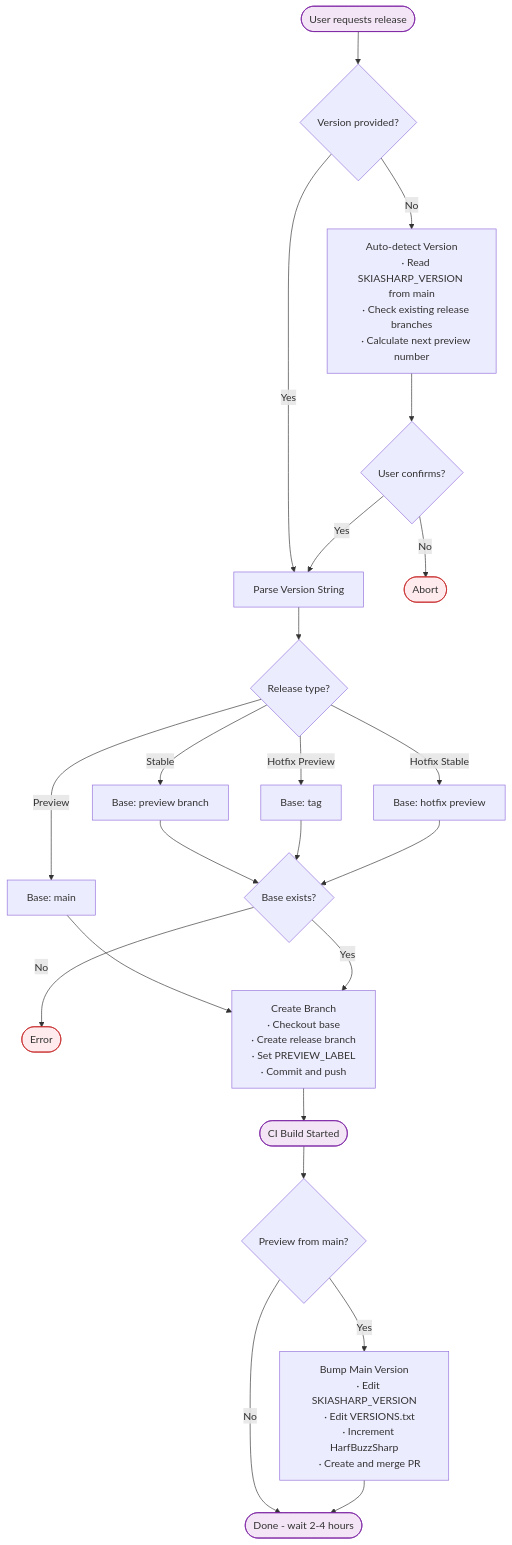
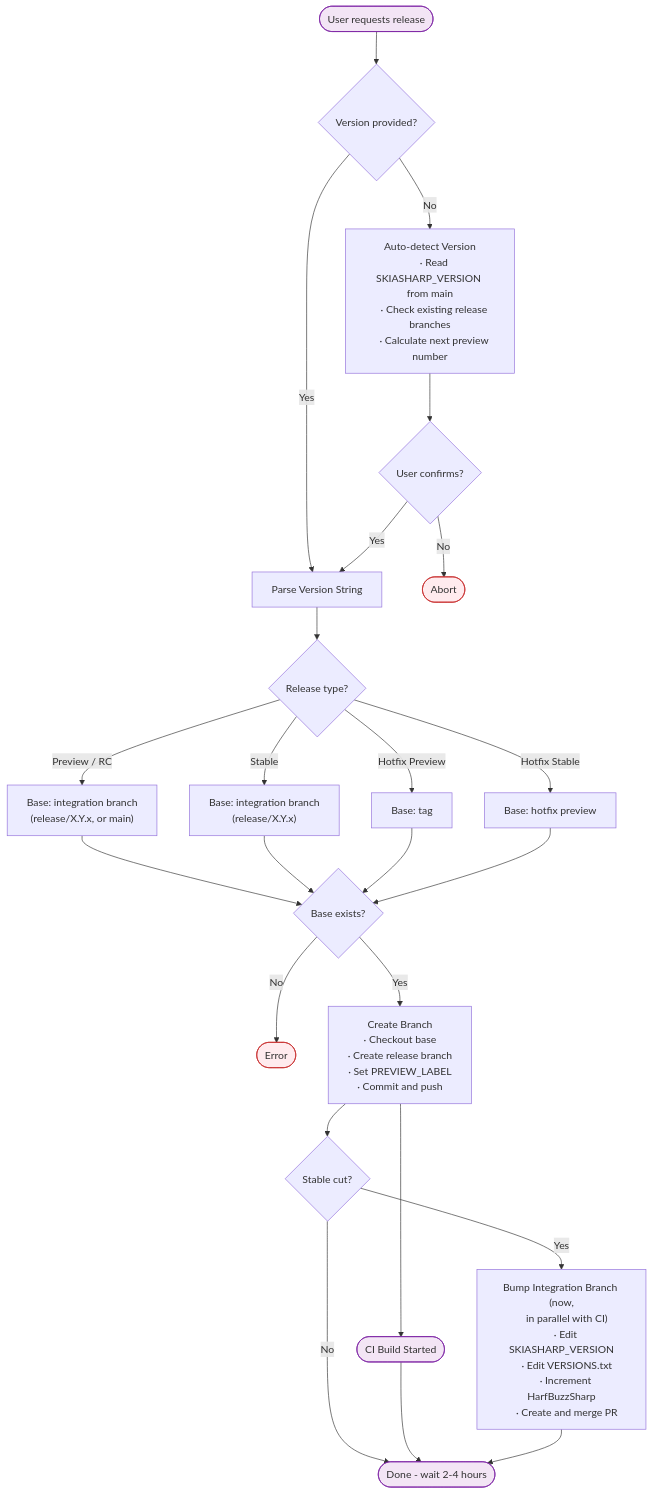
Before and after one commit to mono/SkiaSharp: the first of 3 diagrams in documentation/dev/releasing.md, drawn with Mermaid. The commit also changed other lines of this file and 2 other files, not shown here.

First paragraph of the commit message:
Fix release-branch skill integration-branch model and add bump-version helper (#4211)
Fix release-branch skill integration-branch model and add bump-version helper (#4211)

````diff
--- a/documentation/dev/releasing.md
+++ b/documentation/dev/releasing.md
@@ -87,56 +97,59 @@
 ```mermaid
 flowchart TB
     START([User requests release]) --> PROVIDED{Version provided?}
     
     PROVIDED -->|Yes| PARSE
     PROVIDED -->|No| AUTO
     
     AUTO["Auto-detect Version
     ∙ Read SKIASHARP_VERSION from main
     ∙ Check existing release branches
     ∙ Calculate next preview number"]
     
     AUTO --> CONFIRM{User confirms?}
     CONFIRM -->|No| ABORT([Abort])
     CONFIRM -->|Yes| PARSE
     
     PARSE["Parse Version String"] --> TYPE{Release type?}
     
-    TYPE -->|Preview| BASE_MAIN["Base: main"]
-    TYPE -->|Stable| BASE_PREVIEW["Base: preview branch"]
+    TYPE -->|Preview / RC| BASE_INTEG["Base: integration branch
+    (release/X.Y.x, or main)"]
+    TYPE -->|Stable| BASE_STABLE["Base: integration branch
+    (release/X.Y.x)"]
     TYPE -->|Hotfix Preview| BASE_TAG["Base: tag"]
     TYPE -->|Hotfix Stable| BASE_HOTFIX["Base: hotfix preview"]
     
-    BASE_PREVIEW --> EXISTS{Base exists?}
+    BASE_INTEG --> EXISTS{Base exists?}
+    BASE_STABLE --> EXISTS
     BASE_TAG --> EXISTS
     BASE_HOTFIX --> EXISTS
     EXISTS -->|No| ERROR([Error])
     
-    BASE_MAIN --> CREATE
     EXISTS -->|Yes| CREATE
     
     CREATE["Create Branch
     ∙ Checkout base
     ∙ Create release branch
     ∙ Set PREVIEW_LABEL
     ∙ Commit and push"]
     
     CREATE --> CI([CI Build Started])
-    
-    CI --> IS_PREVIEW{Preview from main?}
-    IS_PREVIEW -->|No| DONE([Done - wait 2-4 hours])
-    IS_PREVIEW -->|Yes| BUMP
-    
-    BUMP["Bump Main Version
+    CREATE --> IS_STABLE{Stable cut?}
+    IS_STABLE -->|No| DONE([Done - wait 2-4 hours])
+    IS_STABLE -->|Yes| BUMP
+
+    BUMP["Bump Integration Branch (now,
+    in parallel with CI)
     ∙ Edit SKIASHARP_VERSION
     ∙ Edit VERSIONS.txt
     ∙ Increment HarfBuzzSharp
     ∙ Create and merge PR"]
     
+    CI --> DONE
     BUMP --> DONE
 
     classDef error fill:#ffebee,stroke:#c62828
     classDef endpoint fill:#f3e5f5,stroke:#7b1fa2
     class ABORT,ERROR error
     class START,CI,DONE endpoint
 ```
````
